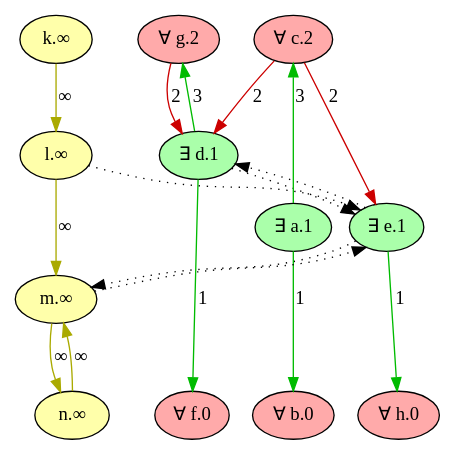
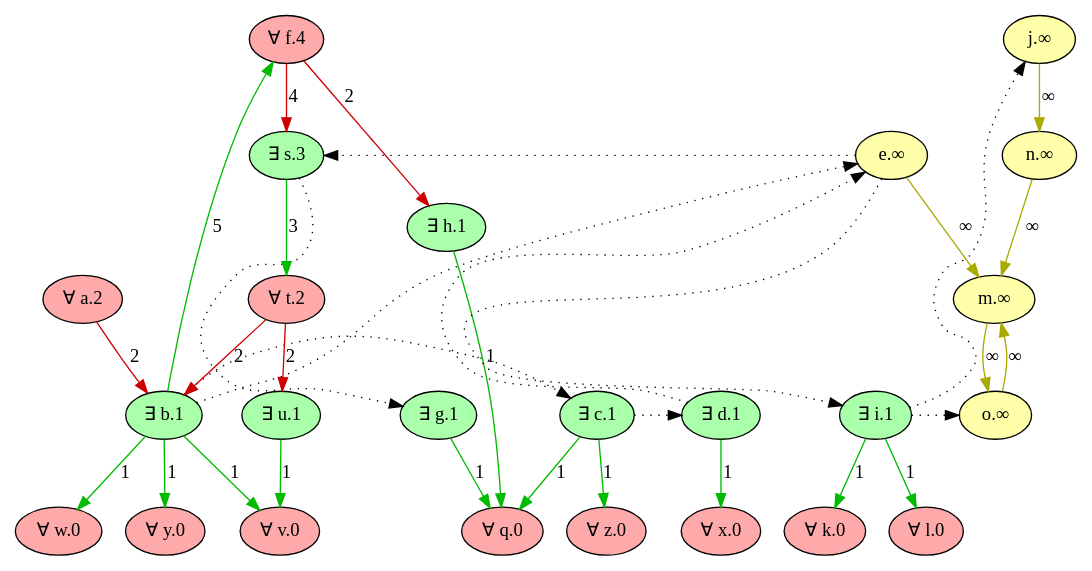
Before and after one commit to idaks/Games-and-Argumentation: the diagram in Refactor/imgs/cleaned_game_wfs.dot, drawn with Graphviz. The commit also changed 12 other files, not shown here.

```diff
--- a/Refactor/imgs/cleaned_game_wfs.dot
+++ b/Refactor/imgs/cleaned_game_wfs.dot
@@ -1,43 +1,72 @@
 digraph {
     rankdir="TB"
     node [style=filled fontname="Palatino"]
     node [fillcolor="#AAFFAA"]
-    "e" [label="∃ e.1"]
+    "u" [label="∃ u.1"]
+    "b" [label="∃ b.1"]
+    "c" [label="∃ c.1"]
     "d" [label="∃ d.1"]
-    "a" [label="∃ a.1"]
+    "i" [label="∃ i.1"]
+    "g" [label="∃ g.1"]
+    "h" [label="∃ h.1"]
+    "s" [label="∃ s.3"]
     node [fillcolor="#FFAAAA"]
-    "b" [label="∀ b.0"]
-    "f" [label="∀ f.0"]
-    "h" [label="∀ h.0"]
-    "c" [label="∀ c.2"]
-    "g" [label="∀ g.2"]
+    "v" [label="∀ v.0"]
+    "z" [label="∀ z.0"]
+    "y" [label="∀ y.0"]
+    "x" [label="∀ x.0"]
+    "w" [label="∀ w.0"]
+    "q" [label="∀ q.0"]
+    "l" [label="∀ l.0"]
+    "k" [label="∀ k.0"]
+    "a" [label="∀ a.2"]
+    "t" [label="∀ t.2"]
+    "f" [label="∀ f.4"]
     node [fillcolor="#FFFFAA"]
-    "k" [label="k.∞"]
-    "l" [label="l.∞"]
+    "j" [label="j.∞"]
+    "e" [label="e.∞"]
+    "o" [label="o.∞"]
+    "n" [label="n.∞"]
     "m" [label="m.∞"]
-    "n" [label="n.∞"]
+  edge [color="#CC0000" style="solid" dir="forward" label="2"]
+        "a" -> "b" 
+        "t" -> "b" 
+        "f" -> "h" 
+        "t" -> "u" 
+  edge [color="#00BB00" style="solid" dir="forward" label="5"]
+        "b" -> "f" 
   edge [color="#00BB00" style="solid" dir="forward" label="1"]
-        "a" -> "b" 
-        "d" -> "f" 
-        "e" -> "h" 
+        "i" -> "k" 
+        "i" -> "l" 
+        "g" -> "q" 
+        "h" -> "q" 
+        "c" -> "q" 
+        "b" -> "v" 
+        "u" -> "v" 
+        "b" -> "w" 
+        "d" -> "x" 
+        "b" -> "y" 
+        "c" -> "z" 
+  edge [color="#AAAA00" style="solid" dir="forward" label="∞"]
+        "e" -> "m" 
+        "o" -> "m" 
+        "n" -> "m" 
+        "j" -> "n" 
+        "m" -> "o" 
+  edge [color="#CC0000" style="solid" dir="forward" label="4"]
+        "f" -> "s" 
   edge [color="#00BB00" style="solid" dir="forward" label="3"]
-        "a" -> "c" 
-        "d" -> "g" 
-  edge [color="#AAAA00" style="solid" dir="forward" label="∞"]
-        "k" -> "l" 
-        "l" -> "m" 
-        "m" -> "n" 
-        "n" -> "m" 
-  edge [color="#CC0000" style="solid" dir="forward" label="2"]
+        "s" -> "t" 
+  edge [color="black" style="dotted" dir="forward" label="" constraint=false]
+        "b" -> "c" 
         "c" -> "d" 
-        "c" -> "e" 
-        "g" -> "d" 
-  edge [color="black" style="dotted" dir="forward" label="" constraint=false]
-        "l" -> "e" 
+        "b" -> "e" 
         "d" -> "e" 
-        "e" -> "d" 
-        "e" -> "m" 
-        "m" -> "e" 
-    {rank = max b f h}
-    {rank = min c g}
+        "s" -> "g" 
+        "e" -> "i" 
+        "i" -> "j" 
+        "i" -> "o" 
+        "e" -> "s" 
+    {rank = max v z y x w q l k}
+    {rank = min f}
 }
```
